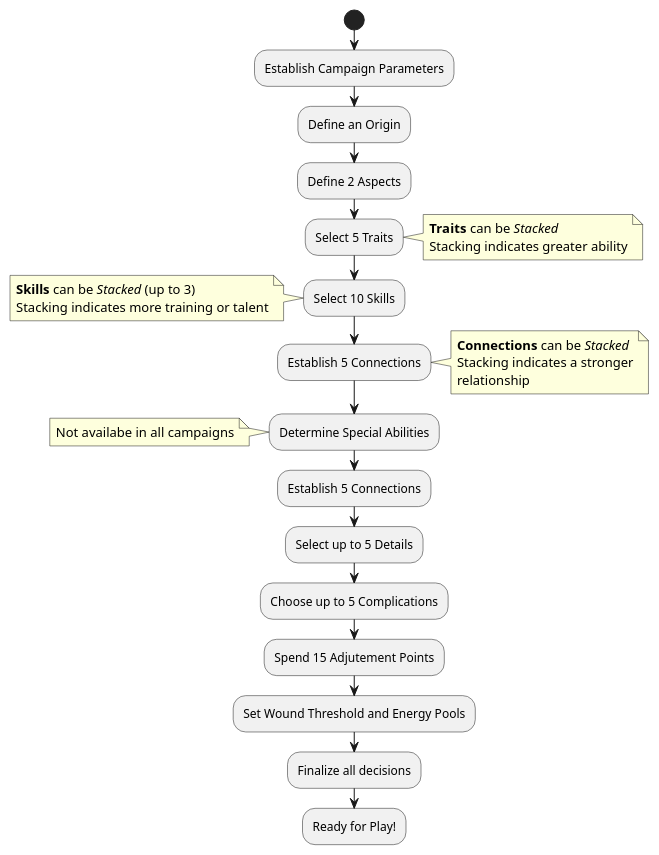
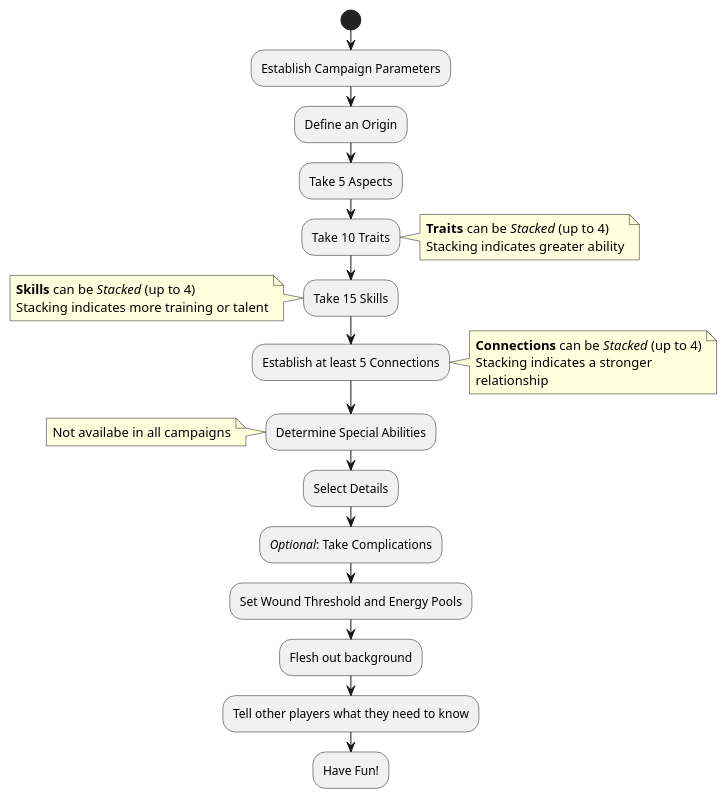
The diagram in CCSummary.md (s-20/unnamed), drawn with PlantUML before and after one commit. The commit also changed other lines of this file and 7 other files, not shown here.

````diff
--- a/CCSummary.md
+++ b/CCSummary.md
@@ -16,34 +15,33 @@
 ```plantuml
 @startuml
 start
 :Establish Campaign Parameters;
 :Define an Origin;
-:Define 2 Aspects;
-:Select 5 Traits;
+:Take 5 Aspects;
+:Take 10 Traits;
 note right
-<b>Traits</b> can be //Stacked//
+<b>Traits</b> can be //Stacked// (up to 4)
 Stacking indicates greater ability
 end note
-:Select 10 Skills;
+:Take 15 Skills;
 note left
-<b>Skills</b> can be //Stacked// (up to 3)
+<b>Skills</b> can be //Stacked// (up to 4)
 Stacking indicates more training or talent
 end note
-:Establish 5 Connections;
+:Establish at least 5 Connections;
 note right
-<b>Connections</b> can be //Stacked//
+<b>Connections</b> can be //Stacked// (up to 4)
 Stacking indicates a stronger
 relationship
 end note
 :Determine Special Abilities;
 note: Not availabe in all campaigns
-:Establish 5 Connections;
-:Select up to 5 Details;
-:Choose up to 5 Complications;
-:Spend 15 Adjutement Points;
+:Select Details;
+://Optional//: Take Complications;
 :Set Wound Threshold and Energy Pools;
-:Finalize all decisions;
-:Ready for Play!;
+:Flesh out background;
+:Tell other players what they need to know;
+:Have Fun!;
 @enduml
 stop
 ```
````
